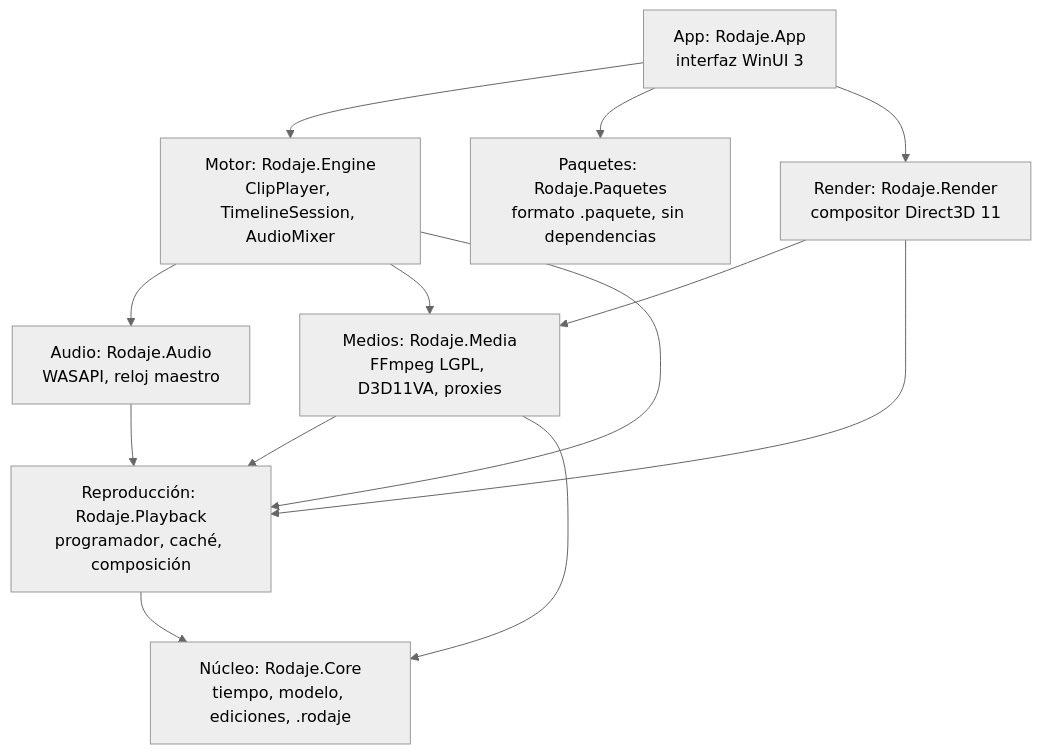
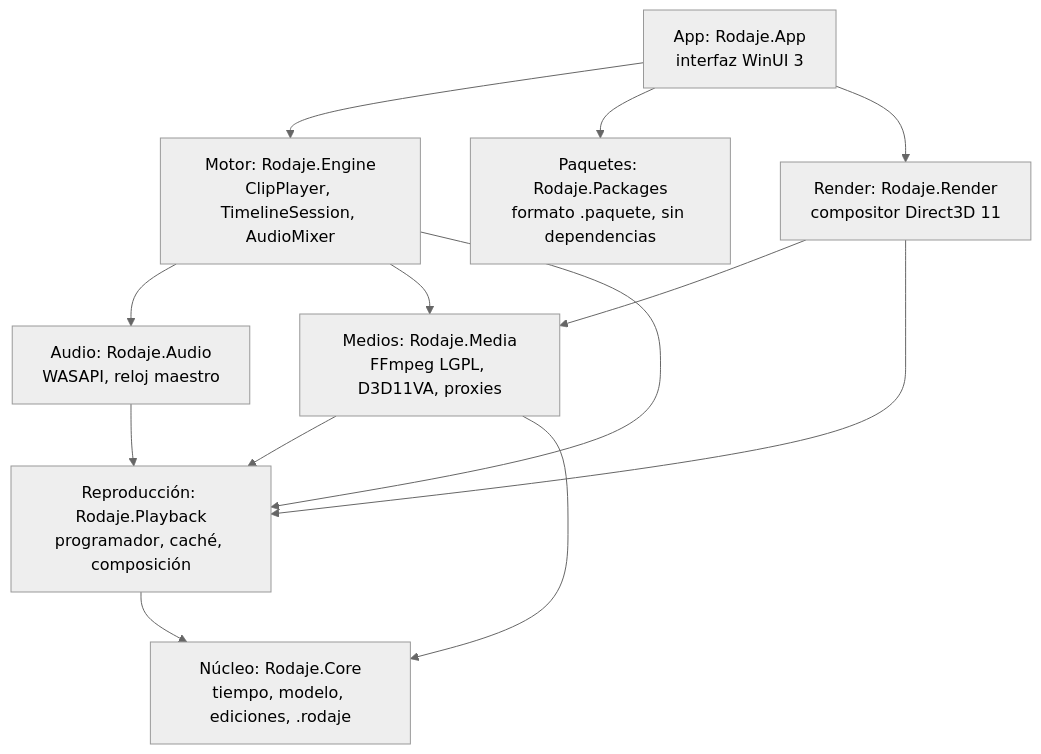
Before and after one commit to Dathinel/rodaje: the diagram in docs/arquitectura/README.md, drawn with Mermaid (neutral theme). The commit also changed 146 other files, not shown here.

First line of the commit message:
Rodaje.Paquetes pasa a Rodaje.Packages (proyecto, espacio de nombres, pruebas, lockfiles, CI y docs)

````diff
--- a/docs/arquitectura/README.md
+++ b/docs/arquitectura/README.md
@@ -5,23 +5,23 @@
 ```mermaid
 flowchart TB
     App["App: Rodaje.App<br/>interfaz WinUI 3"]
     Engine["Motor: Rodaje.Engine<br/>ClipPlayer, TimelineSession, AudioMixer"]
     Render["Render: Rodaje.Render<br/>compositor Direct3D 11"]
     Audio["Audio: Rodaje.Audio<br/>WASAPI, reloj maestro"]
     Media["Medios: Rodaje.Media<br/>FFmpeg LGPL, D3D11VA, proxies"]
     Playback["Reproducción: Rodaje.Playback<br/>programador, caché, composición"]
     Core["Núcleo: Rodaje.Core<br/>tiempo, modelo, ediciones, .rodaje"]
-    Paquetes["Paquetes: Rodaje.Paquetes<br/>formato .paquete, sin dependencias"]
+    Paquetes["Paquetes: Rodaje.Packages<br/>formato .paquete, sin dependencias"]
     App --> Engine
     App --> Paquetes
     App --> Render
     Engine --> Audio
     Engine --> Media
     Engine --> Playback
     Render --> Media
     Render --> Playback
     Audio --> Playback
     Media --> Playback
     Media --> Core
     Playback --> Core
 ```
````
